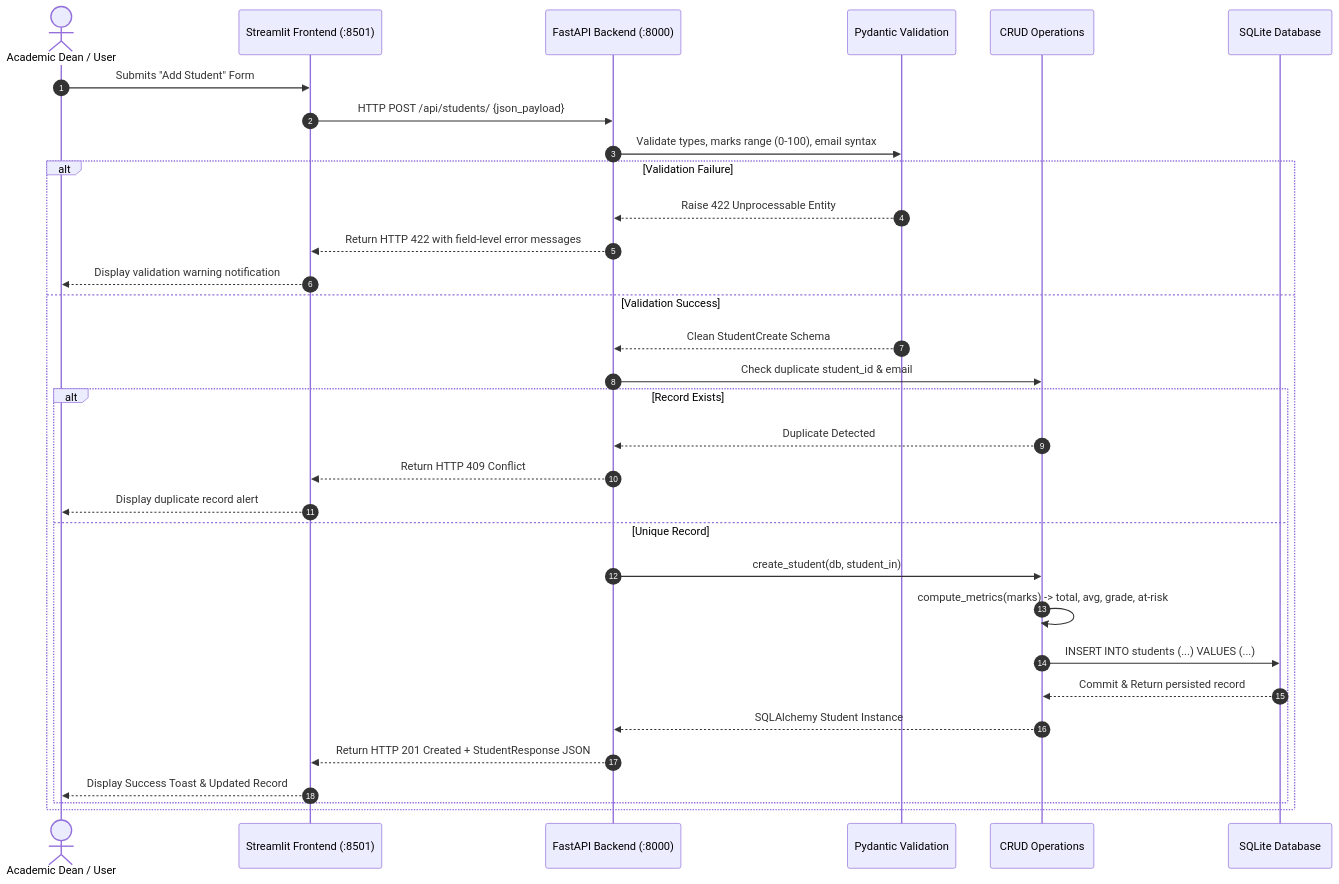
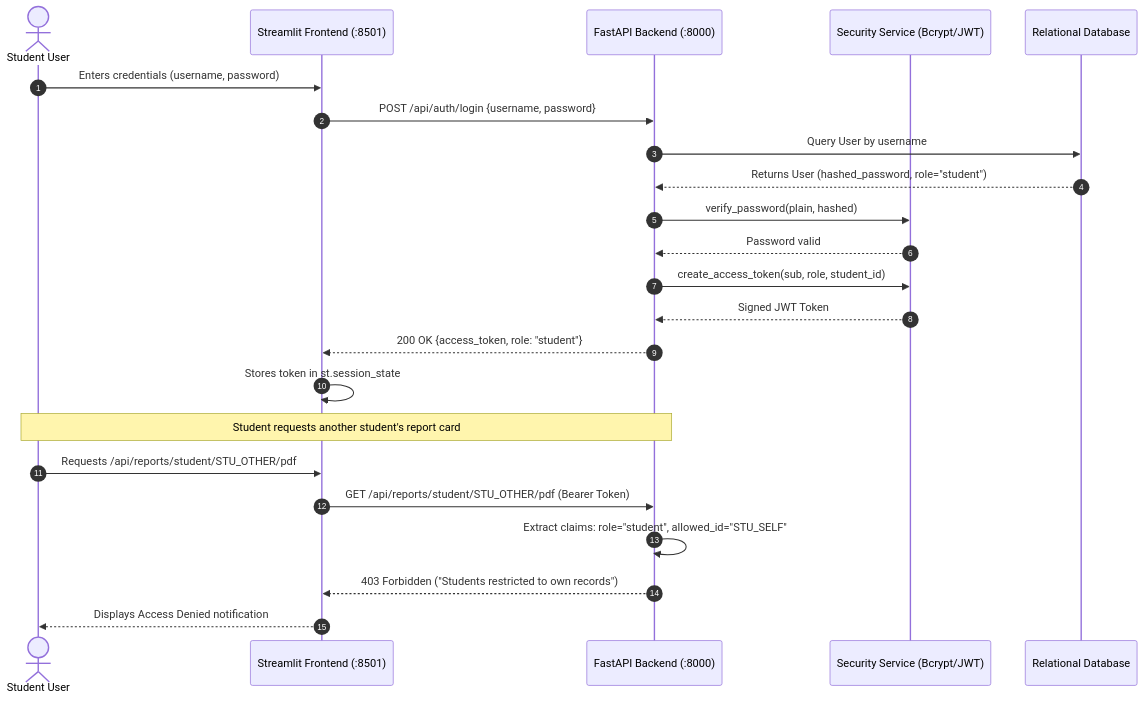
The second of 4 diagrams in docs/ARCHITECTURE.md (trinayasri/student-analytics-project), drawn with Mermaid before and after one commit. The commit also changed other lines of this file and 30 other files, not shown here.

````diff
--- a/docs/ARCHITECTURE.md
+++ b/docs/ARCHITECTURE.md
@@ -51,35 +65,27 @@
 ```mermaid
 sequenceDiagram
     autonumber
-    actor User as Academic Dean / User
+    actor Student as Student User
     participant Streamlit as Streamlit Frontend (:8501)
     participant FastAPI as FastAPI Backend (:8000)
-    participant Pydantic as Pydantic Validation
-    participant CRUD as CRUD Operations
-    participant DB as SQLite Database
+    participant Security as Security Service (Bcrypt/JWT)
+    participant DB as Relational Database
 
-    User->>Streamlit: Submits "Add Student" Form
-    Streamlit->>FastAPI: HTTP POST /api/students/ {json_payload}
-    FastAPI->>Pydantic: Validate types, marks range (0-100), email syntax
-    alt Validation Failure
-        Pydantic-->>FastAPI: Raise 422 Unprocessable Entity
-        FastAPI-->>Streamlit: Return HTTP 422 with field-level error messages
-        Streamlit-->>User: Display validation warning notification
-    else Validation Success
-        Pydantic-->>FastAPI: Clean StudentCreate Schema
-        FastAPI->>CRUD: Check duplicate student_id & email
-        alt Record Exists
-            CRUD-->>FastAPI: Duplicate Detected
-            FastAPI-->>Streamlit: Return HTTP 409 Conflict
-            Streamlit-->>User: Display duplicate record alert
-        else Unique Record
-            FastAPI->>CRUD: create_student(db, student_in)
-            CRUD->>CRUD: compute_metrics(marks) -> total, avg, grade, at-risk
-            CRUD->>DB: INSERT INTO students (...) VALUES (...)
-            DB-->>CRUD: Commit & Return persisted record
-            CRUD-->>FastAPI: SQLAlchemy Student Instance
-            FastAPI-->>Streamlit: Return HTTP 201 Created + StudentResponse JSON
-            Streamlit-->>User: Display Success Toast & Updated Record
-        end
-    end
+    Student->>Streamlit: Enters credentials (username, password)
+    Streamlit->>FastAPI: POST /api/auth/login {username, password}
+    FastAPI->>DB: Query User by username
+    DB-->>FastAPI: Returns User (hashed_password, role="student")
+    FastAPI->>Security: verify_password(plain, hashed)
+    Security-->>FastAPI: Password valid
+    FastAPI->>Security: create_access_token(sub, role, student_id)
+    Security-->>FastAPI: Signed JWT Token
+    FastAPI-->>Streamlit: 200 OK {access_token, role: "student"}
+    Streamlit->>Streamlit: Stores token in st.session_state
+
+    Note over Student,FastAPI: Student requests another student's report card
+    Student->>Streamlit: Requests /api/reports/student/STU_OTHER/pdf
+    Streamlit->>FastAPI: GET /api/reports/student/STU_OTHER/pdf (Bearer Token)
+    FastAPI->>FastAPI: Extract claims: role="student", allowed_id="STU_SELF"
+    FastAPI-->>Streamlit: 403 Forbidden ("Students restricted to own records")
+    Streamlit-->>Student: Displays Access Denied notification
 ```
````
